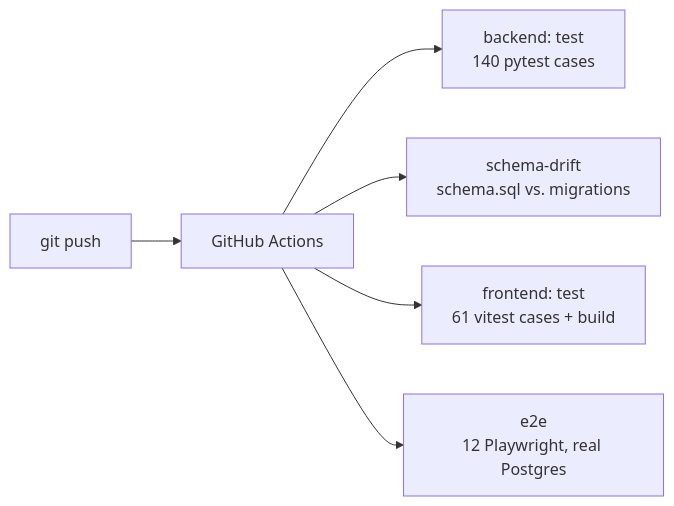
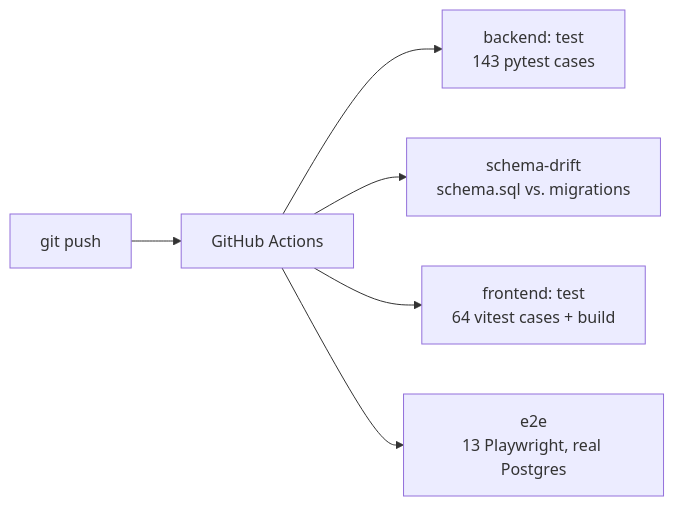
The second of 2 diagrams in CASE_STUDY.md (privlin-lgtm/fintech-operations-dashboard), drawn with Mermaid before and after one commit. The commit also changed other lines of this file and 15 other files, not shown here.

````diff
--- a/CASE_STUDY.md
+++ b/CASE_STUDY.md
@@ -66,8 +66,8 @@
 ```mermaid
 flowchart LR
     Push["git push"] --> CI["GitHub Actions"]
-    CI --> T1["backend: test<br/>140 pytest cases"]
+    CI --> T1["backend: test<br/>143 pytest cases"]
     CI --> T2["schema-drift<br/>schema.sql vs. migrations"]
-    CI --> T3["frontend: test<br/>61 vitest cases + build"]
-    CI --> T4["e2e<br/>12 Playwright, real Postgres"]
+    CI --> T3["frontend: test<br/>64 vitest cases + build"]
+    CI --> T4["e2e<br/>13 Playwright, real Postgres"]
 ```
````
